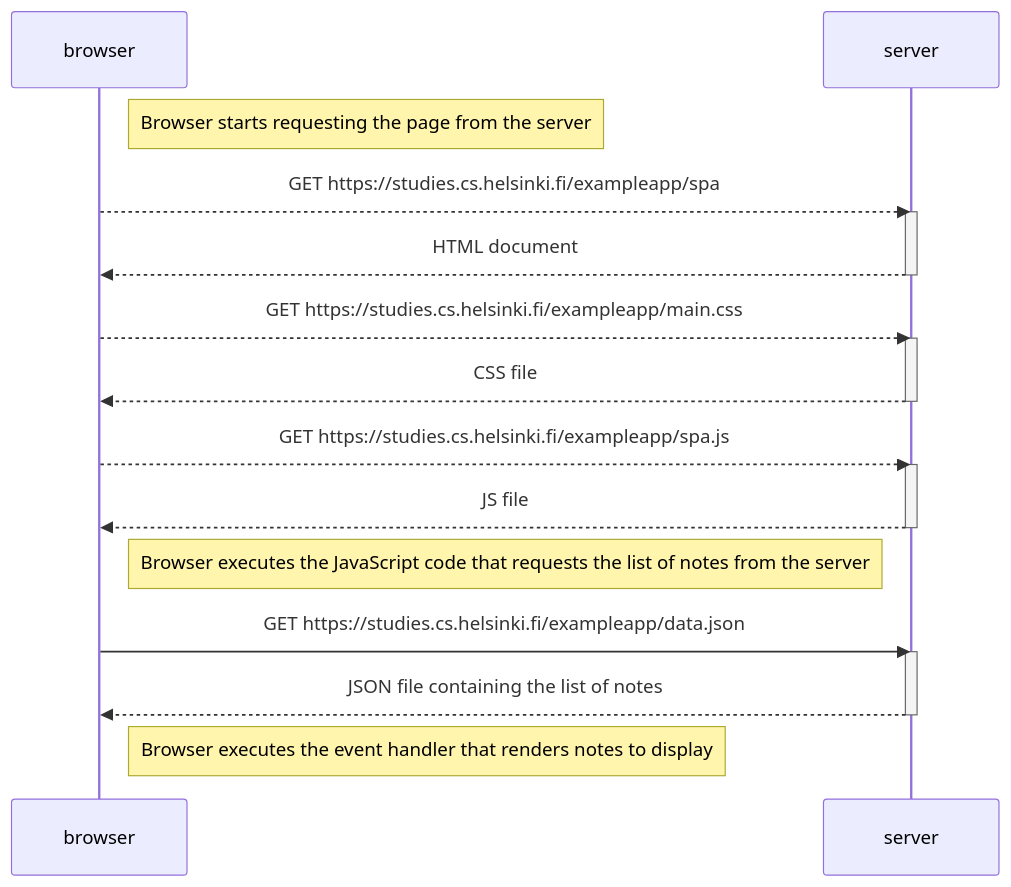
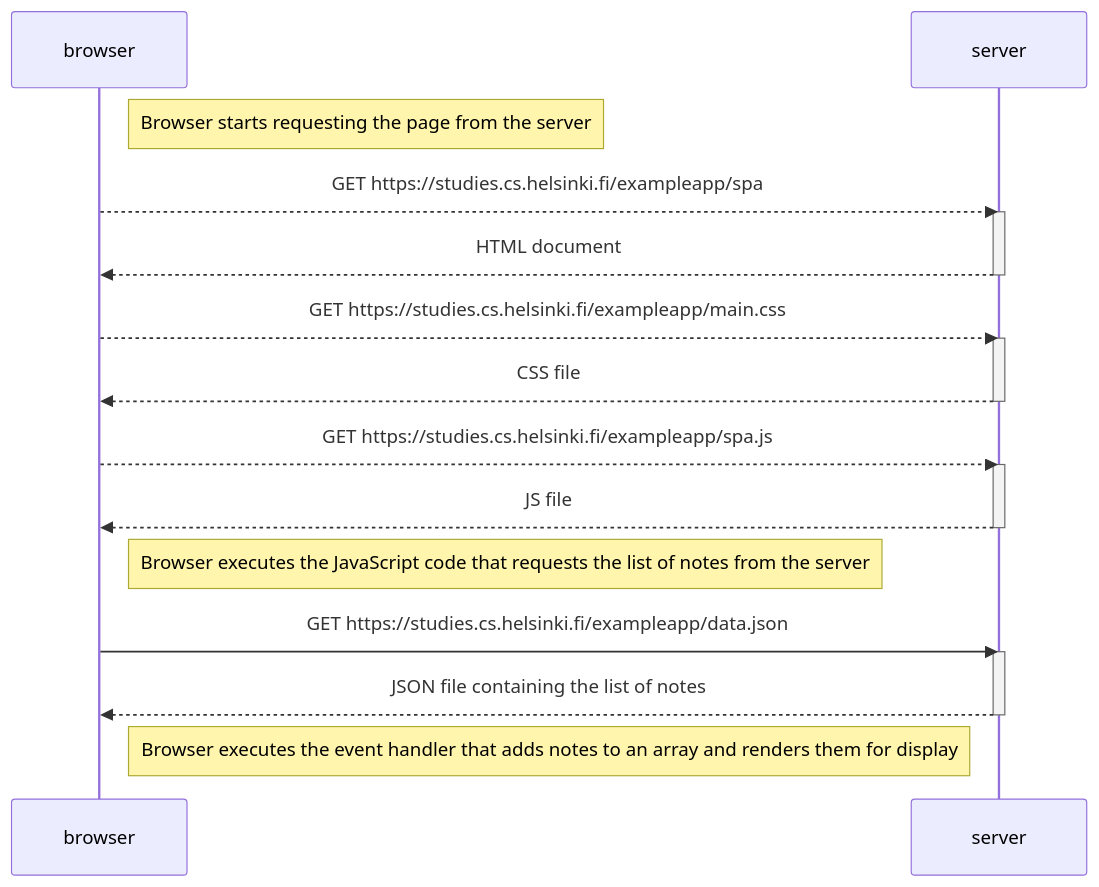
The diagram in part0/0.5_SinglePageAppDiagram/singlePageAppDiagram.md (IRypSDev/fullstackopen), drawn with Mermaid before and after one commit. The commit also changed other lines of this file and 1 other file, not shown here.

Commit message:
fix exercise 0.5

````diff
--- a/part0/0.5_SinglePageAppDiagram/singlePageAppDiagram.md
+++ b/part0/0.5_SinglePageAppDiagram/singlePageAppDiagram.md
@@ -5,33 +5,33 @@
 ```mermaid
 
 sequenceDiagram
     participant browser
     participant server
 
     Note right of browser: Browser starts requesting the page from the server
 
     browser-->>server: GET https://studies.cs.helsinki.fi/exampleapp/spa
     activate server
     server-->>browser: HTML document
     deactivate server
 
     browser-->>server: GET https://studies.cs.helsinki.fi/exampleapp/main.css
     activate server
     server-->>browser: CSS file
     deactivate server
 
     browser-->>server: GET https://studies.cs.helsinki.fi/exampleapp/spa.js
     activate server
     server-->>browser: JS file
     deactivate server
 
     Note right of browser: Browser executes the JavaScript code that requests the list of notes from the server
 
     browser->>server: GET https://studies.cs.helsinki.fi/exampleapp/data.json
     activate server
     server-->>browser: JSON file containing the list of notes
     deactivate server
 
-    Note right of browser: Browser executes the event handler that renders notes to display
+    Note right of browser: Browser executes the event handler that adds notes to an array and renders them for display
 
 ```
````
